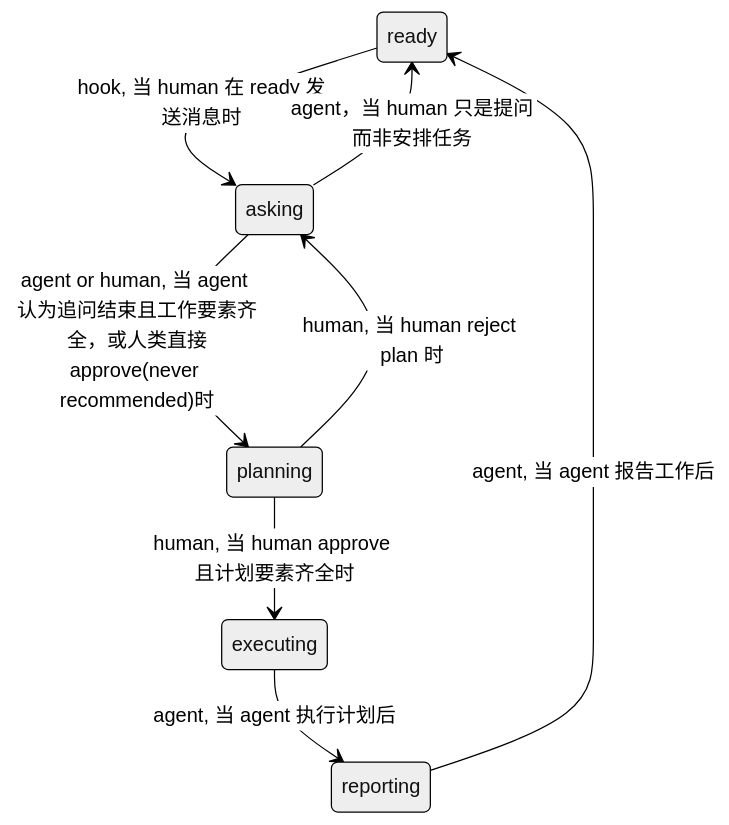
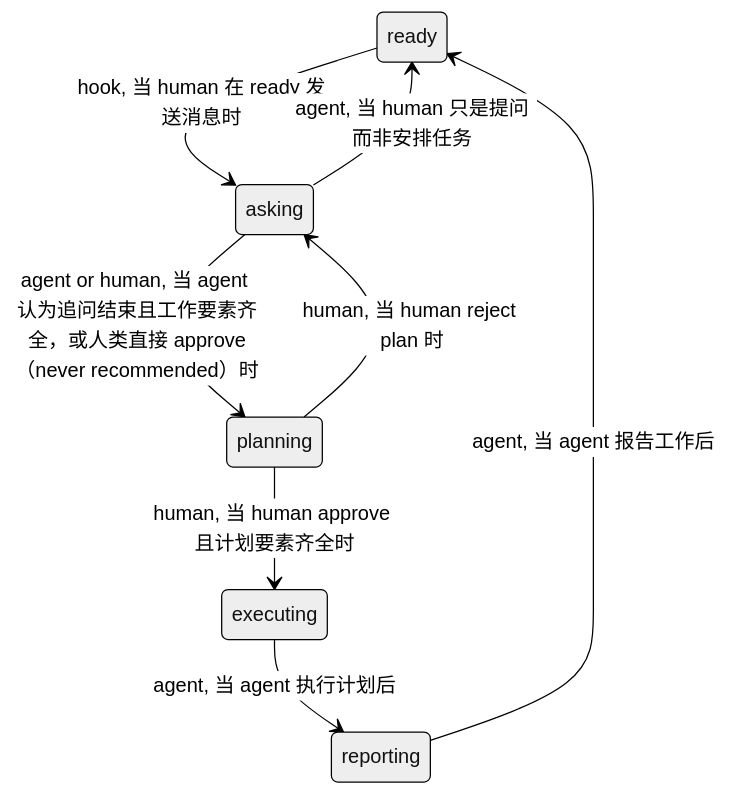
One commit to IcySycamore/ocf-gate changed the diagram in README_CH.md. Above: the diagram before and after it, drawn with Mermaid (neutral theme). The commit also changed other lines of this file and 1 other file, not shown here.

````diff
--- a/README_CH.md
+++ b/README_CH.md
@@ -49,10 +87,10 @@
 ```mermaid
 stateDiagram-v2
     ready --> asking: hook, 当 human 在 ready 发送消息时
-    asking --> planning: agent or human, 当 agent 认为追问结束且工作要素齐全，或人类直接approve(never recommended)时
+    asking --> planning: agent or human, 当 agent 认为追问结束且工作要素齐全，或人类直接 approve（never recommended）时
     planning --> executing: human, 当 human approve 且计划要素齐全时
     executing --> reporting: agent, 当 agent 执行计划后
     reporting --> ready: agent, 当 agent 报告工作后
     planning --> asking: human, 当 human reject plan 时
-    asking --> ready: agent，当 human 只是提问而非安排任务
+    asking --> ready: agent, 当 human 只是提问而非安排任务
 ```
````
